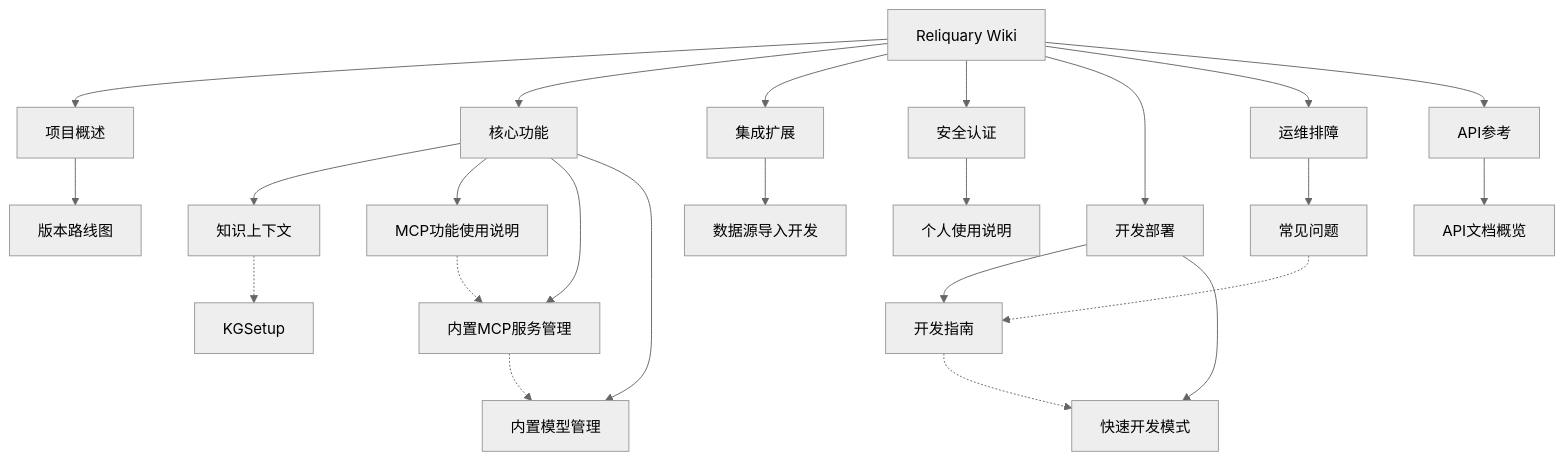
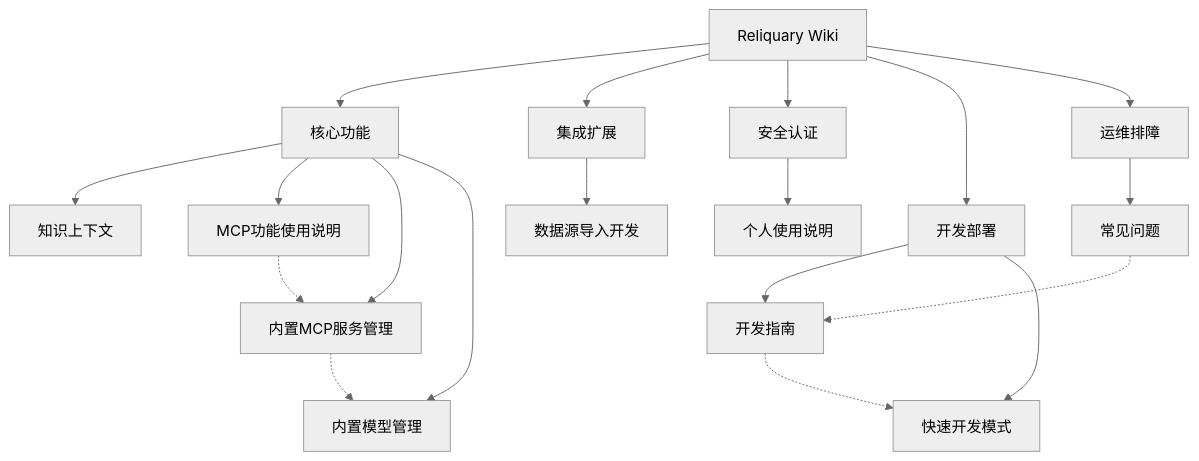
One commit to Dikui/Reliquary changed the diagram in docs/wiki/Home.md. Above: the diagram before and after it, drawn with Mermaid (neutral theme). The commit also changed other lines of this file and 130 other files, not shown here.

````diff
--- a/docs/wiki/Home.md
+++ b/docs/wiki/Home.md
@@ -62,35 +48,30 @@
 ```mermaid
 graph TB
     Home[Reliquary Wiki]
-    Home --> 项目概述
     Home --> 核心功能
     Home --> 集成扩展
     Home --> 安全认证
     Home --> 开发部署
     Home --> 运维排障
-    Home --> API参考
 
-    项目概述 --> ROADMAP[版本路线图]
 
     核心功能 --> KG[知识上下文]
     核心功能 --> MCP[MCP功能使用说明]
     核心功能 --> BuiltinMCP[内置MCP服务管理]
     核心功能 --> BuiltinModel[内置模型管理]
 
     集成扩展 --> DS[数据源导入开发]
 
     安全认证 --> Personal[个人使用说明]
 
     开发部署 --> DevGuide[开发指南]
     开发部署 --> QuickDev[快速开发模式]
 
     运维排障 --> FAQ[常见问题]
 
-    API参考 --> APIOverview[API文档概览]
 
-    KG -.-> KGSetup
     MCP -.-> BuiltinMCP
     BuiltinMCP -.-> BuiltinModel
     DevGuide -.-> QuickDev
     FAQ -.-> DevGuide
 ```
````
